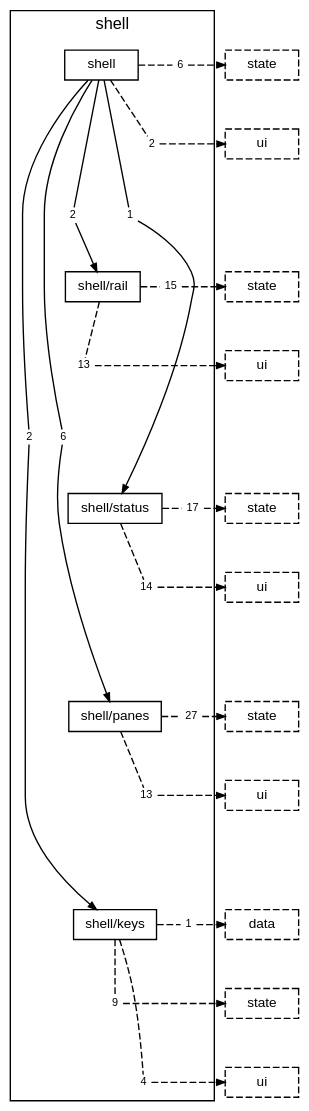
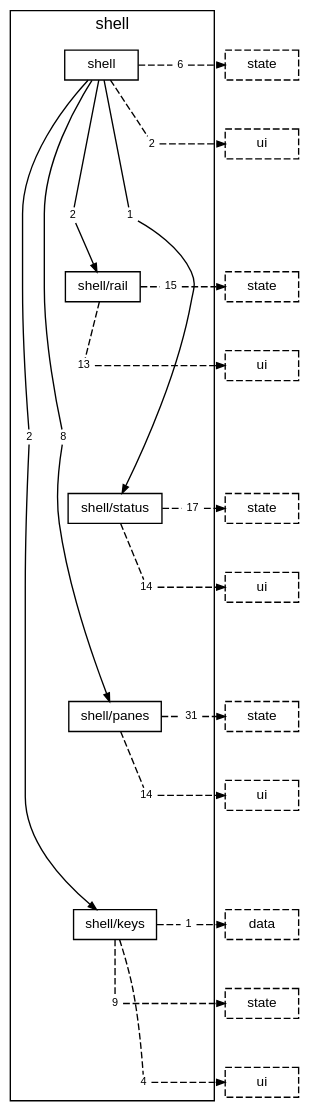
The diagram in docs/diagrams/layer-shell.dot (TheAxeC/oculus), drawn with Graphviz before and after one commit. The commit also changed 78 other files, not shown here.

```diff
--- a/docs/diagrams/layer-shell.dot
+++ b/docs/diagrams/layer-shell.dot
@@ -1,84 +1,84 @@
 digraph layer_shell {
     graph [bgcolor="transparent", rankdir=TB, newrank=true, fontname="Helvetica,Arial,sans-serif", fontsize=12, nodesep=0.2, ranksep=0.5];
     node [shape=box, color="black", fontcolor="black", fontname="Helvetica,Arial,sans-serif", fontsize=10, height=0.3, margin="0.12,0.04"];
     edge [color="black", fontcolor="black", fontname="Helvetica,Arial,sans-serif", fontsize=8, arrowsize=0.6];
     subgraph "cluster_shell" {
         label="shell"; style=solid;
         "folder shell" [label="shell"];
         "folder shell/rail" [label="shell/rail"];
         "folder shell/status" [label="shell/status"];
         "folder shell/panes" [label="shell/panes"];
         "folder shell/keys" [label="shell/keys"];
         "folder shell to folder shell/keys" [label="2", shape=box, color="transparent", fontsize=8, width=0, height=0, margin="0.04,0.02"];
-        "folder shell to folder shell/panes" [label="6", shape=box, color="transparent", fontsize=8, width=0, height=0, margin="0.04,0.02"];
+        "folder shell to folder shell/panes" [label="8", shape=box, color="transparent", fontsize=8, width=0, height=0, margin="0.04,0.02"];
         "folder shell to folder shell/rail" [label="2", shape=box, color="transparent", fontsize=8, width=0, height=0, margin="0.04,0.02"];
         "folder shell to folder shell/status" [label="1", shape=box, color="transparent", fontsize=8, width=0, height=0, margin="0.04,0.02"];
         "folder shell to layer state" [label="6", shape=box, color="transparent", fontsize=8, width=0, height=0, margin="0.04,0.02"];
         "folder shell to layer ui" [label="2", shape=box, color="transparent", fontsize=8, width=0, height=0, margin="0.04,0.02"];
         "folder shell/rail to layer state" [label="15", shape=box, color="transparent", fontsize=8, width=0, height=0, margin="0.04,0.02"];
         "folder shell/rail to layer ui" [label="13", shape=box, color="transparent", fontsize=8, width=0, height=0, margin="0.04,0.02"];
         "folder shell/status to layer state" [label="17", shape=box, color="transparent", fontsize=8, width=0, height=0, margin="0.04,0.02"];
         "folder shell/status to layer ui" [label="14", shape=box, color="transparent", fontsize=8, width=0, height=0, margin="0.04,0.02"];
-        "folder shell/panes to layer state" [label="27", shape=box, color="transparent", fontsize=8, width=0, height=0, margin="0.04,0.02"];
-        "folder shell/panes to layer ui" [label="13", shape=box, color="transparent", fontsize=8, width=0, height=0, margin="0.04,0.02"];
+        "folder shell/panes to layer state" [label="31", shape=box, color="transparent", fontsize=8, width=0, height=0, margin="0.04,0.02"];
+        "folder shell/panes to layer ui" [label="14", shape=box, color="transparent", fontsize=8, width=0, height=0, margin="0.04,0.02"];
         "folder shell/keys to layer data" [label="1", shape=box, color="transparent", fontsize=8, width=0, height=0, margin="0.04,0.02"];
         "folder shell/keys to layer state" [label="9", shape=box, color="transparent", fontsize=8, width=0, height=0, margin="0.04,0.02"];
         "folder shell/keys to layer ui" [label="4", shape=box, color="transparent", fontsize=8, width=0, height=0, margin="0.04,0.02"];
     }
     "layer state from folder shell" [label="state", style=dashed];
     "layer ui from folder shell" [label="ui", style=dashed];
     "layer state from folder shell/rail" [label="state", style=dashed];
     "layer ui from folder shell/rail" [label="ui", style=dashed];
     "layer state from folder shell/status" [label="state", style=dashed];
     "layer ui from folder shell/status" [label="ui", style=dashed];
     "layer state from folder shell/panes" [label="state", style=dashed];
     "layer ui from folder shell/panes" [label="ui", style=dashed];
     "layer data from folder shell/keys" [label="data", style=dashed];
     "layer state from folder shell/keys" [label="state", style=dashed];
     "layer ui from folder shell/keys" [label="ui", style=dashed];
     "folder shell" -> "folder shell/rail" [style=invis, weight=10, minlen=3];
     "folder shell/rail" -> "folder shell/status" [style=invis, weight=10, minlen=3];
     "folder shell/status" -> "folder shell/panes" [style=invis, weight=10, minlen=3];
     "folder shell/panes" -> "folder shell/keys" [style=invis, weight=10, minlen=3];
     "folder shell" -> "folder shell to folder shell/keys" [arrowhead=none, minlen=5, weight=10];
     "folder shell to folder shell/keys" -> "folder shell/keys" [];
     "folder shell" -> "folder shell to folder shell/panes" [arrowhead=none, minlen=5, weight=10];
     "folder shell to folder shell/panes" -> "folder shell/panes" [];
     "folder shell" -> "folder shell to folder shell/rail" [arrowhead=none, minlen=2, weight=10];
     "folder shell to folder shell/rail" -> "folder shell/rail" [];
     "folder shell" -> "folder shell to folder shell/status" [arrowhead=none, minlen=2, weight=10];
     "folder shell to folder shell/status" -> "folder shell/status" [];
     "folder shell" -> "folder shell to layer state" [arrowhead=none, style=dashed];
     "folder shell to layer state" -> "layer state from folder shell" [style=dashed];
     { rank=same; "folder shell"; "folder shell to layer state"; "layer state from folder shell"; }
     "folder shell" -> "folder shell to layer ui" [arrowhead=none, style=dashed, minlen=1, weight=10];
     "folder shell to layer ui" -> "layer ui from folder shell" [style=dashed];
     { rank=same; "folder shell to layer ui"; "layer ui from folder shell"; }
     "folder shell/rail" -> "folder shell/rail to layer state" [arrowhead=none, style=dashed];
     "folder shell/rail to layer state" -> "layer state from folder shell/rail" [style=dashed];
     { rank=same; "folder shell/rail"; "folder shell/rail to layer state"; "layer state from folder shell/rail"; }
     "folder shell/rail" -> "folder shell/rail to layer ui" [arrowhead=none, style=dashed, minlen=1, weight=10];
     "folder shell/rail to layer ui" -> "layer ui from folder shell/rail" [style=dashed];
     { rank=same; "folder shell/rail to layer ui"; "layer ui from folder shell/rail"; }
     "folder shell/status" -> "folder shell/status to layer state" [arrowhead=none, style=dashed];
     "folder shell/status to layer state" -> "layer state from folder shell/status" [style=dashed];
     { rank=same; "folder shell/status"; "folder shell/status to layer state"; "layer state from folder shell/status"; }
     "folder shell/status" -> "folder shell/status to layer ui" [arrowhead=none, style=dashed, minlen=1, weight=10];
     "folder shell/status to layer ui" -> "layer ui from folder shell/status" [style=dashed];
     { rank=same; "folder shell/status to layer ui"; "layer ui from folder shell/status"; }
     "folder shell/panes" -> "folder shell/panes to layer state" [arrowhead=none, style=dashed];
     "folder shell/panes to layer state" -> "layer state from folder shell/panes" [style=dashed];
     { rank=same; "folder shell/panes"; "folder shell/panes to layer state"; "layer state from folder shell/panes"; }
     "folder shell/panes" -> "folder shell/panes to layer ui" [arrowhead=none, style=dashed, minlen=1, weight=10];
     "folder shell/panes to layer ui" -> "layer ui from folder shell/panes" [style=dashed];
     { rank=same; "folder shell/panes to layer ui"; "layer ui from folder shell/panes"; }
     "folder shell/keys" -> "folder shell/keys to layer data" [arrowhead=none, style=dashed];
     "folder shell/keys to layer data" -> "layer data from folder shell/keys" [style=dashed];
     { rank=same; "folder shell/keys"; "folder shell/keys to layer data"; "layer data from folder shell/keys"; }
     "folder shell/keys" -> "folder shell/keys to layer state" [arrowhead=none, style=dashed, minlen=1, weight=10];
     "folder shell/keys to layer state" -> "layer state from folder shell/keys" [style=dashed];
     { rank=same; "folder shell/keys to layer state"; "layer state from folder shell/keys"; }
     "folder shell/keys" -> "folder shell/keys to layer ui" [arrowhead=none, style=dashed, minlen=2, weight=10];
     "folder shell/keys to layer ui" -> "layer ui from folder shell/keys" [style=dashed];
     { rank=same; "folder shell/keys to layer ui"; "layer ui from folder shell/keys"; }
 }
```
